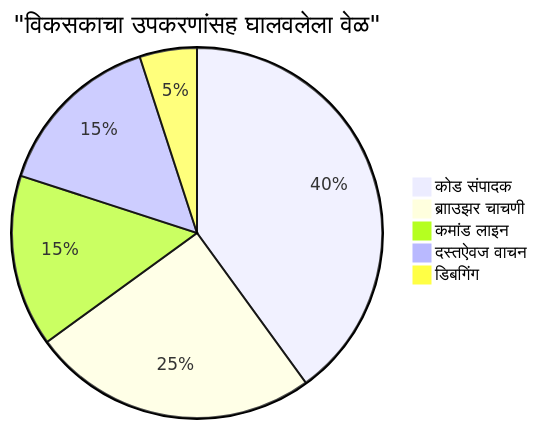
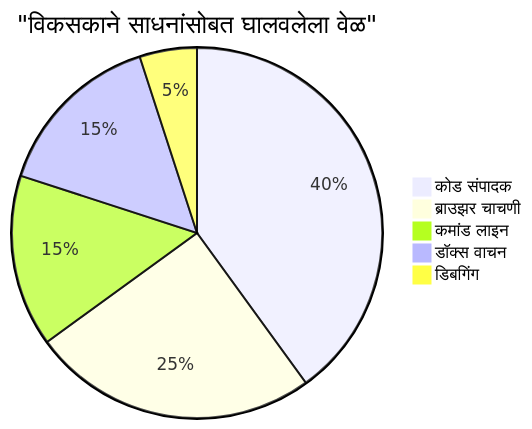
One commit to microsoft/Web-Dev-For-Beginners changed the sixth of 7 diagrams in translations/mr/1-getting-started-lessons/1-intro-to-programming-languages/README.md. Above: the diagram before and after it, drawn with Mermaid. The commit also changed other lines of this file and 11 other files, not shown here.

````diff
--- a/translations/mr/1-getting-started-lessons/1-intro-to-programming-languages/README.md
+++ b/translations/mr/1-getting-started-lessons/1-intro-to-programming-languages/README.md
@@ -709,8 +711,8 @@
 ```mermaid
-pie title "विकसकाचा उपकरणांसह घालवलेला वेळ"
+pie title "विकसकाने साधनांसोबत घालवलेला वेळ"
     "कोड संपादक" : 40
-    "ब्रााउझर चाचणी" : 25
+    "ब्राउझर चाचणी" : 25
     "कमांड लाइन" : 15
-    "दस्तऐवज वाचन" : 15
+    "डॉक्स वाचन" : 15
     "डिबगिंग" : 5
-```
+```  
````
